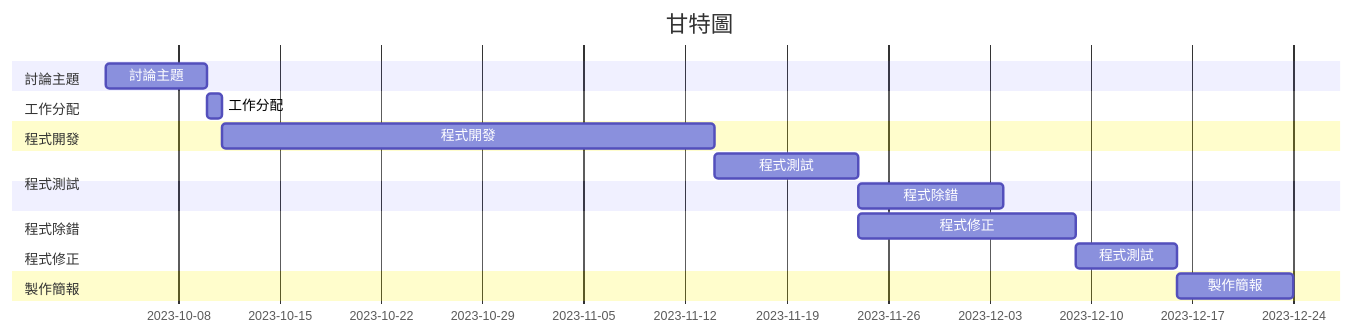
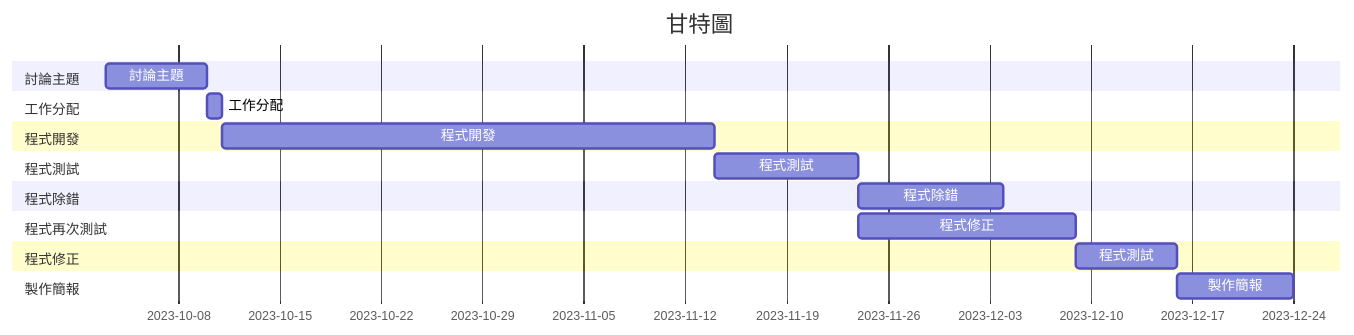
One commit to MYZ527/system_analysis_team11 changed the diagram in README.md. Above: the diagram before and after it, drawn with Mermaid.

````diff
--- a/README.md
+++ b/README.md
@@ -33,21 +33,21 @@
 ```mermaid
 gantt
     title 甘特圖
 
     section 討論主題
     討論主題      :a1, 2023-10-03, 7d
     section 工作分配
     工作分配      :a2,after a1  , 1d
     section 程式開發
     程式開發      :a3,after a2  , 34d
     section 程式測試
     程式測試      :a4,after a3  , 10d
     section 程式除錯
     程式除錯      :a5,after a4  , 10d
-    section 程式測試
+    section 程式再次測試
     程式修正      :a6,after a4  , 15d
     section 程式修正
     程式測試      :a7,after a6  , 7d
     section 製作簡報
     製作簡報      :a8,after a7 , 8d
 ```
````
